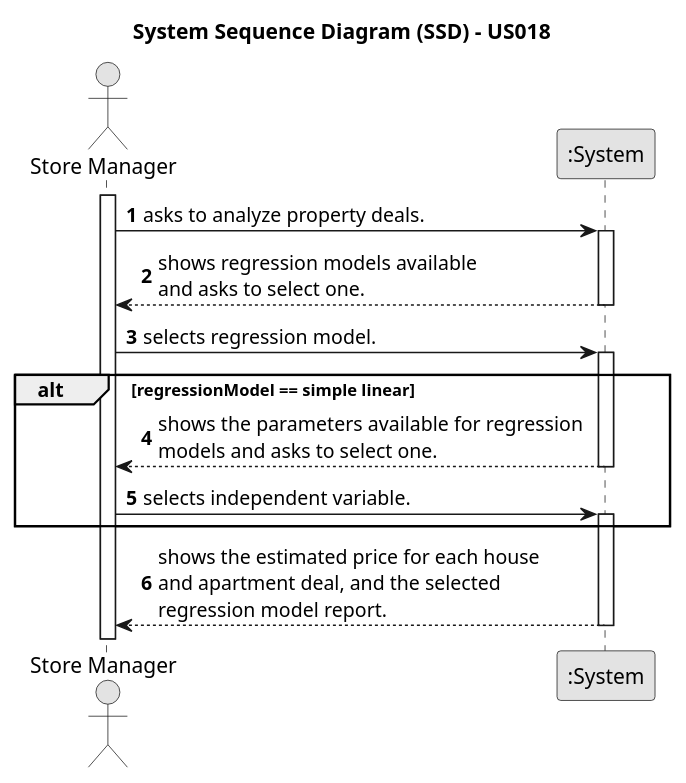
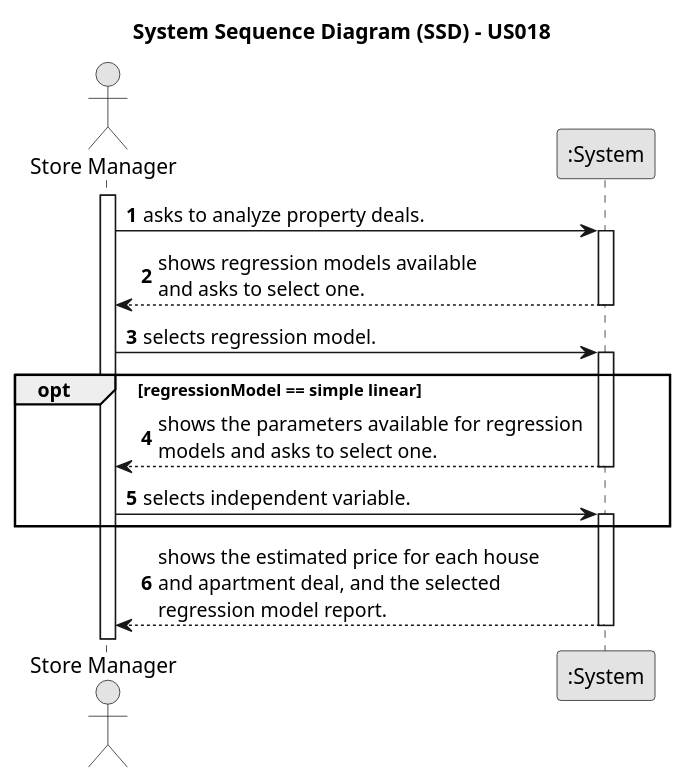
The diagram in docs/sprintD/us018/01.requirements-engineering/puml/us018-system-sequence-diagram.puml (rita-barbosa/LAPR2-2223), drawn with PlantUML before and after one commit. The commit also changed 49 other files, not shown here.

```diff
--- a/docs/sprintD/us018/01.requirements-engineering/puml/us018-system-sequence-diagram.puml
+++ b/docs/sprintD/us018/01.requirements-engineering/puml/us018-system-sequence-diagram.puml
@@ -1,35 +1,35 @@
 @startuml
 skinparam monochrome true
 skinparam packageStyle rectangle
 skinparam shadowing false
 
 title System Sequence Diagram (SSD) - US018
 
 autonumber
 
 actor "Store Manager" as Employee
 participant ":System" as System
 
 activate Employee
 
     Employee -> System : asks to analyze property deals.
     activate System
 
     System --> Employee : shows regression models available \nand asks to select one.
     deactivate System
 
     Employee -> System : selects regression model.
     activate System
 
-    alt regressionModel == simple linear
+    opt regressionModel == simple linear
         System --> Employee:  shows the parameters available for regression \nmodels and asks to select one.
          deactivate System
         Employee -> System: selects independent variable.
         activate System
     end alt
 
     System --> Employee : shows the estimated price for each house\nand apartment deal, and the selected \nregression model report.
     deactivate System
 
 
 @enduml
```
